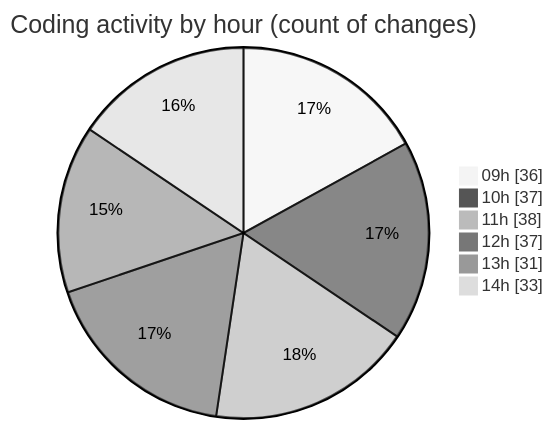
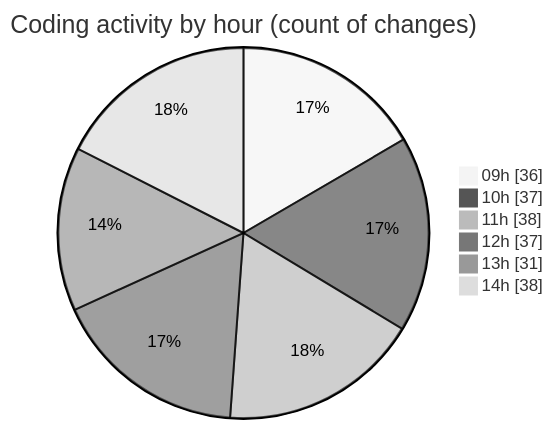
One commit to momahboobian/code-tracking changed the second of 2 diagrams in 2026-04-16/cda/README.md. Above: the diagram before and after it, drawn with Mermaid (neutral theme). The commit also changed other lines of this file and 1 other file, not shown here.

````diff
--- a/2026-04-16/cda/README.md
+++ b/2026-04-16/cda/README.md
@@ -32,10 +32,10 @@
 ```mermaid
 pie showData
 title Coding activity by hour (count of changes)
 "09h" : 36
 "10h" : 37
 "11h" : 38
 "12h" : 37
 "13h" : 31
-"14h" : 33
+"14h" : 38
 ```
````
